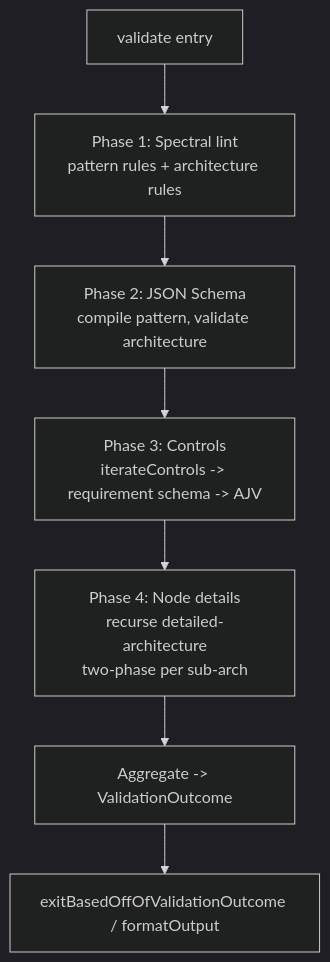
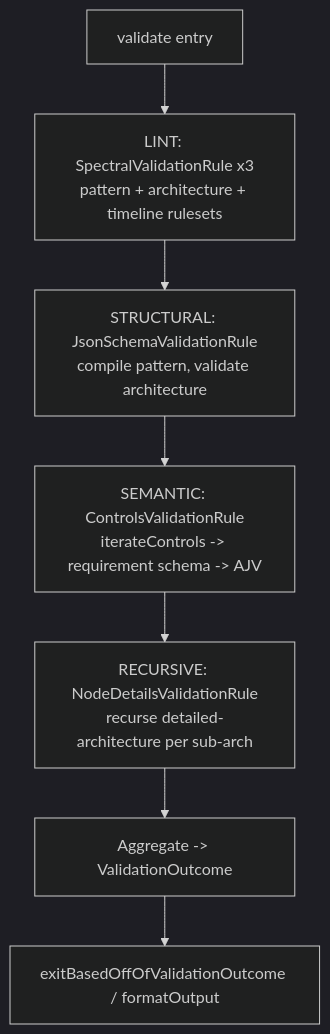
The fifth of 5 diagrams in shared/src/commands/validate/VALIDATION_DESIGN.md (LeighFinegold/architecture-as-code), drawn with Mermaid (dark theme) before and after one commit. The commit also changed other lines of this file, not shown here.

First line of the commit message:
docs(shared): add validation design open questions

````diff
--- a/shared/src/commands/validate/VALIDATION_DESIGN.md
+++ b/shared/src/commands/validate/VALIDATION_DESIGN.md
@@ -254,9 +251,9 @@
 ```mermaid
 flowchart TD
-    A[validate entry] --> B[Phase 1: Spectral lint<br/>pattern rules + architecture rules]
-    B --> C[Phase 2: JSON Schema<br/>compile pattern, validate architecture]
-    C --> D[Phase 3: Controls<br/>iterateControls -> requirement schema -> AJV]
-    D --> E[Phase 4: Node details<br/>recurse detailed-architecture<br/>two-phase per sub-arch]
+    A[validate entry] --> B[LINT: SpectralValidationRule x3<br/>pattern + architecture + timeline rulesets]
+    B --> C[STRUCTURAL: JsonSchemaValidationRule<br/>compile pattern, validate architecture]
+    C --> D[SEMANTIC: ControlsValidationRule<br/>iterateControls -> requirement schema -> AJV]
+    D --> E[RECURSIVE: NodeDetailsValidationRule<br/>recurse detailed-architecture per sub-arch]
     E --> F[Aggregate -> ValidationOutcome]
     F --> G[exitBasedOffOfValidationOutcome / formatOutput]
 ```
````
